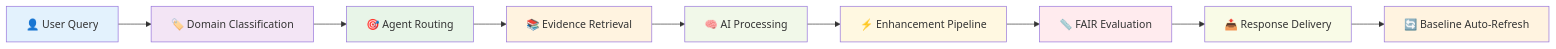
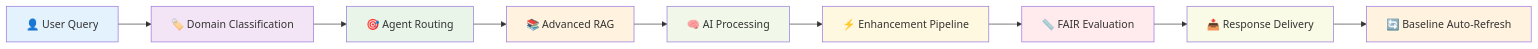
The first of 10 diagrams in README.md (somesh-ghaturle/Fair-Agent), drawn with Mermaid before and after one commit. The commit also changed other lines of this file and 10 other files, not shown here.

````diff
--- a/README.md
+++ b/README.md
@@ -35,21 +36,21 @@
 ```mermaid
 flowchart LR
     A[👤 User Query] --> B[🏷️ Domain Classification]
     B --> C[🎯 Agent Routing]
-    C --> D[📚 Evidence Retrieval]
+    C --> D[📚 Advanced RAG]
     D --> E[🧠 AI Processing]
     E --> F[⚡ Enhancement Pipeline]
     F --> G[📏 FAIR Evaluation]
     G --> H[📤 Response Delivery]
     H --> I[🔄 Baseline Auto-Refresh]
     
     style A fill:#e3f2fd
     style B fill:#f3e5f5
     style C fill:#e8f5e8
     style I fill:#fff3e0
     style D fill:#fff3e0
     style E fill:#f1f8e9
     style F fill:#fff8e1
     style G fill:#ffebee
     style H fill:#f9fbe7
 ```
````
